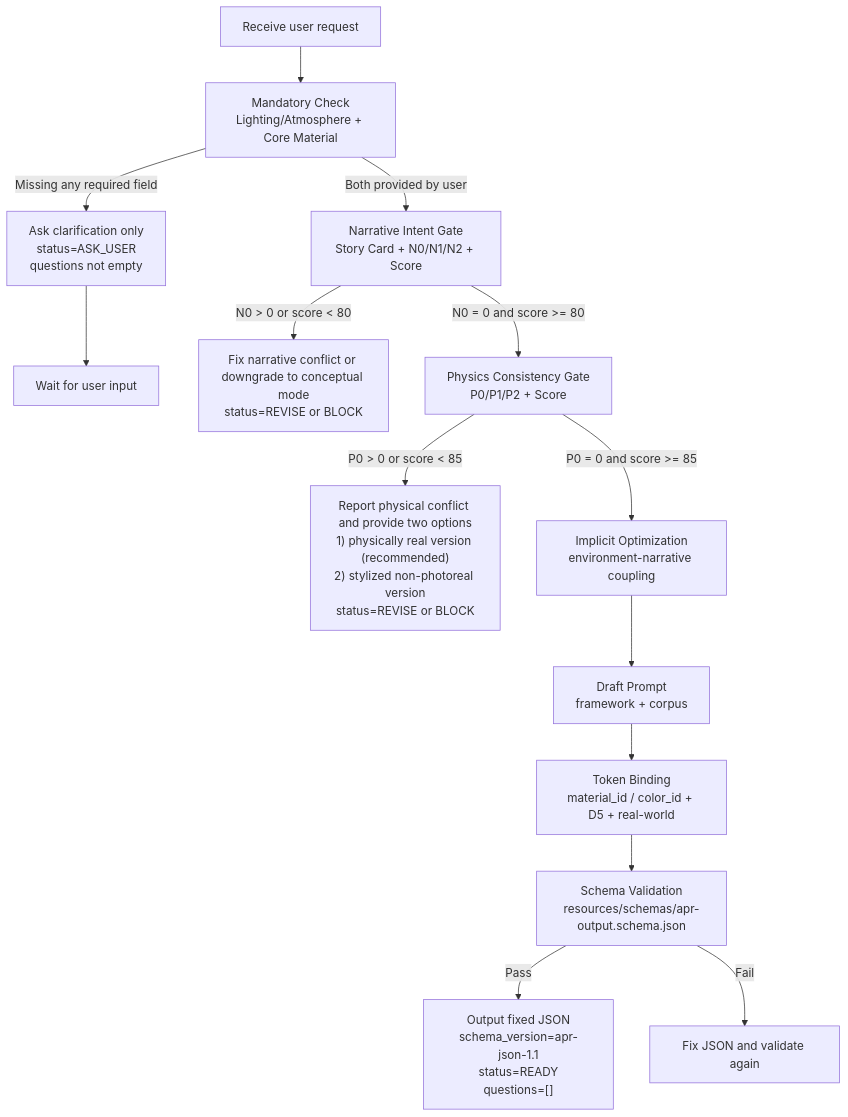
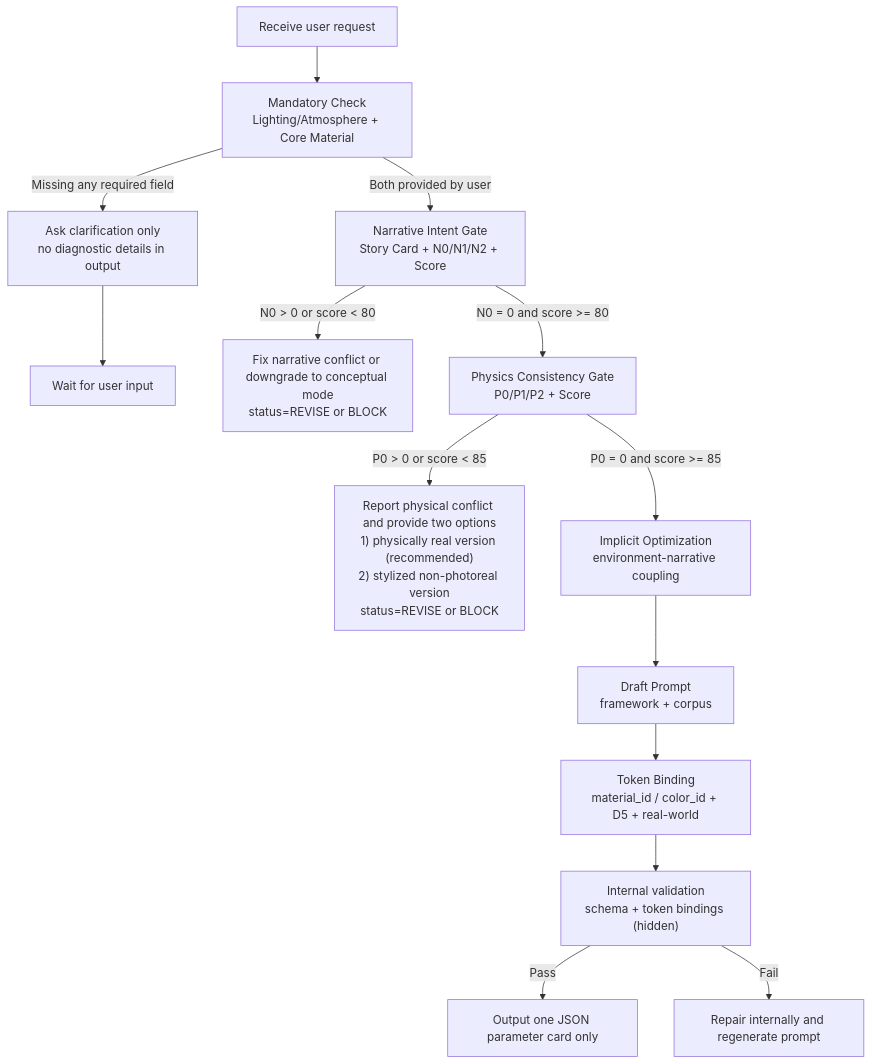
One commit to wjcing1/architectural_prompting changed the diagram in README.md. Above: the diagram before and after it, drawn with Mermaid. The commit also changed other lines of this file and 3 other files, not shown here.

````diff
--- a/README.md
+++ b/README.md
@@ -34,21 +34,21 @@
 ```mermaid
 flowchart TD
     A["Receive user request"] --> B["Mandatory Check<br/>Lighting/Atmosphere + Core Material"]
 
-    B -->|Missing any required field| C["Ask clarification only<br/>status=ASK_USER<br/>questions not empty"]
+    B -->|Missing any required field| C["Ask clarification only<br/>no diagnostic details in output"]
     C --> Z["Wait for user input"]
 
     B -->|Both provided by user| D["Narrative Intent Gate<br/>Story Card + N0/N1/N2 + Score"]
     D -->|N0 > 0 or score < 80| E["Fix narrative conflict or downgrade to conceptual mode<br/>status=REVISE or BLOCK"]
 
     D -->|N0 = 0 and score >= 80| F["Physics Consistency Gate<br/>P0/P1/P2 + Score"]
     F -->|P0 > 0 or score < 85| G["Report physical conflict and provide two options<br/>1) physically real version (recommended)<br/>2) stylized non-photoreal version<br/>status=REVISE or BLOCK"]
 
     F -->|P0 = 0 and score >= 85| H["Implicit Optimization<br/>environment-narrative coupling"]
     H --> I["Draft Prompt<br/>framework + corpus"]
     I --> J["Token Binding<br/>material_id / color_id + D5 + real-world"]
-    J --> K["Schema Validation<br/>resources/schemas/apr-output.schema.json"]
+    J --> K["Internal validation<br/>schema + token bindings (hidden)"]
 
-    K -->|Pass| L["Output fixed JSON<br/>schema_version=apr-json-1.1<br/>status=READY<br/>questions=[]"]
-    K -->|Fail| M["Fix JSON and validate again"]
+    K -->|Pass| L["Output one JSON parameter card only"]
+    K -->|Fail| M["Repair internally and regenerate prompt"]
 ```
````
